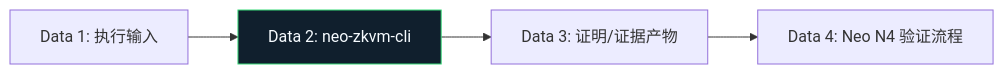
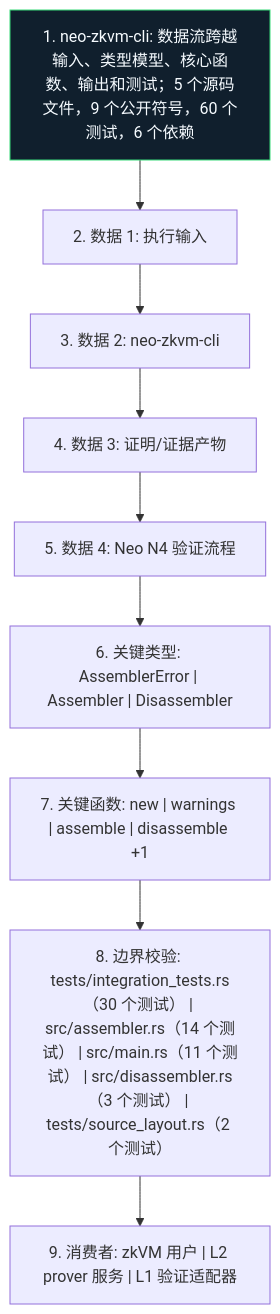
Before and after one commit to r3e-network/neo-zkvm: the diagram in crates/neo-zkvm-cli/docs/figures/dataflow.zh.mmd, drawn with Mermaid. The commit also changed 307 other files, not shown here.

Commit message:
Deepen crate diagrams with source-aware atlas

```diff
--- a/crates/neo-zkvm-cli/docs/figures/dataflow.zh.mmd
+++ b/crates/neo-zkvm-cli/docs/figures/dataflow.zh.mmd
@@ -1,10 +1,20 @@
-flowchart LR
-    N1["Data 1: 执行输入"]
-    N2["Data 2: neo-zkvm-cli"]
-    N3["Data 3: 证明/证据产物"]
-    N4["Data 4: Neo N4 验证流程"]
+flowchart TB
+    N1["1. neo-zkvm-cli: 数据流跨越输入、类型模型、核心函数、输出和测试；5 个源码文件，9 个公开符号，60 个测试，6 个依赖"]
+    N2["2. 数据 1: 执行输入"]
+    N3["3. 数据 2: neo-zkvm-cli"]
+    N4["4. 数据 3: 证明/证据产物"]
+    N5["5. 数据 4: Neo N4 验证流程"]
+    N6["6. 关键类型: AssemblerError | Assembler | Disassembler"]
+    N7["7. 关键函数: new | warnings | assemble | disassemble +1"]
+    N8["8. 边界校验: tests/integration_tests.rs（30 个测试） | src/assembler.rs（14 个测试） | src/main.rs（11 个测试） | src/disassembler.rs（3 个测试） | tests/source_layout.rs（2 个测试）"]
+    N9["9. 消费者: zkVM 用户 | L2 prover 服务 | L1 验证适配器"]
     N1 --> N2
     N2 --> N3
     N3 --> N4
+    N4 --> N5
+    N5 --> N6
+    N6 --> N7
+    N7 --> N8
+    N8 --> N9
     classDef crate fill:#101f2d,stroke:#38d978,color:#f6fbff
-    class N2 crate
+    class N1 crate
```
